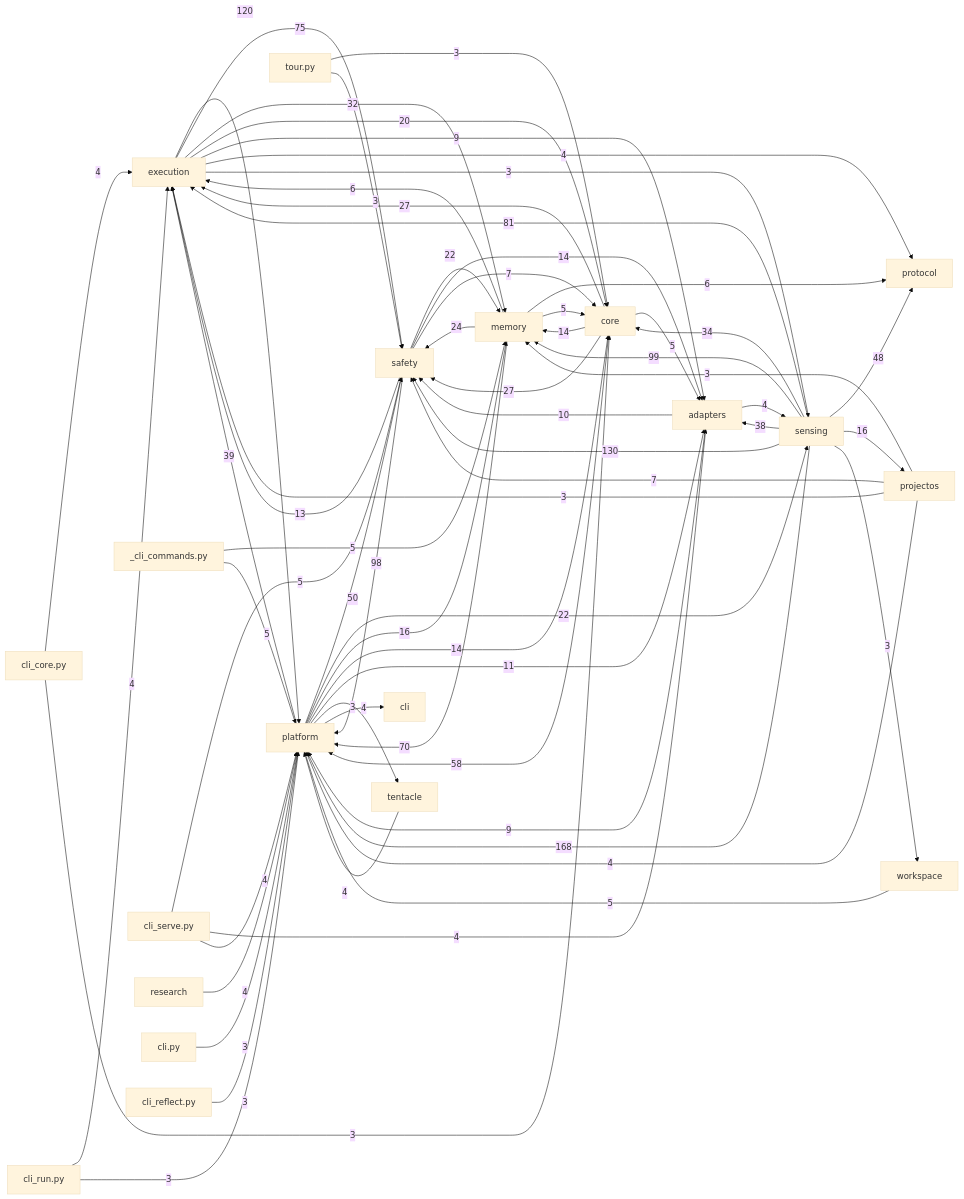
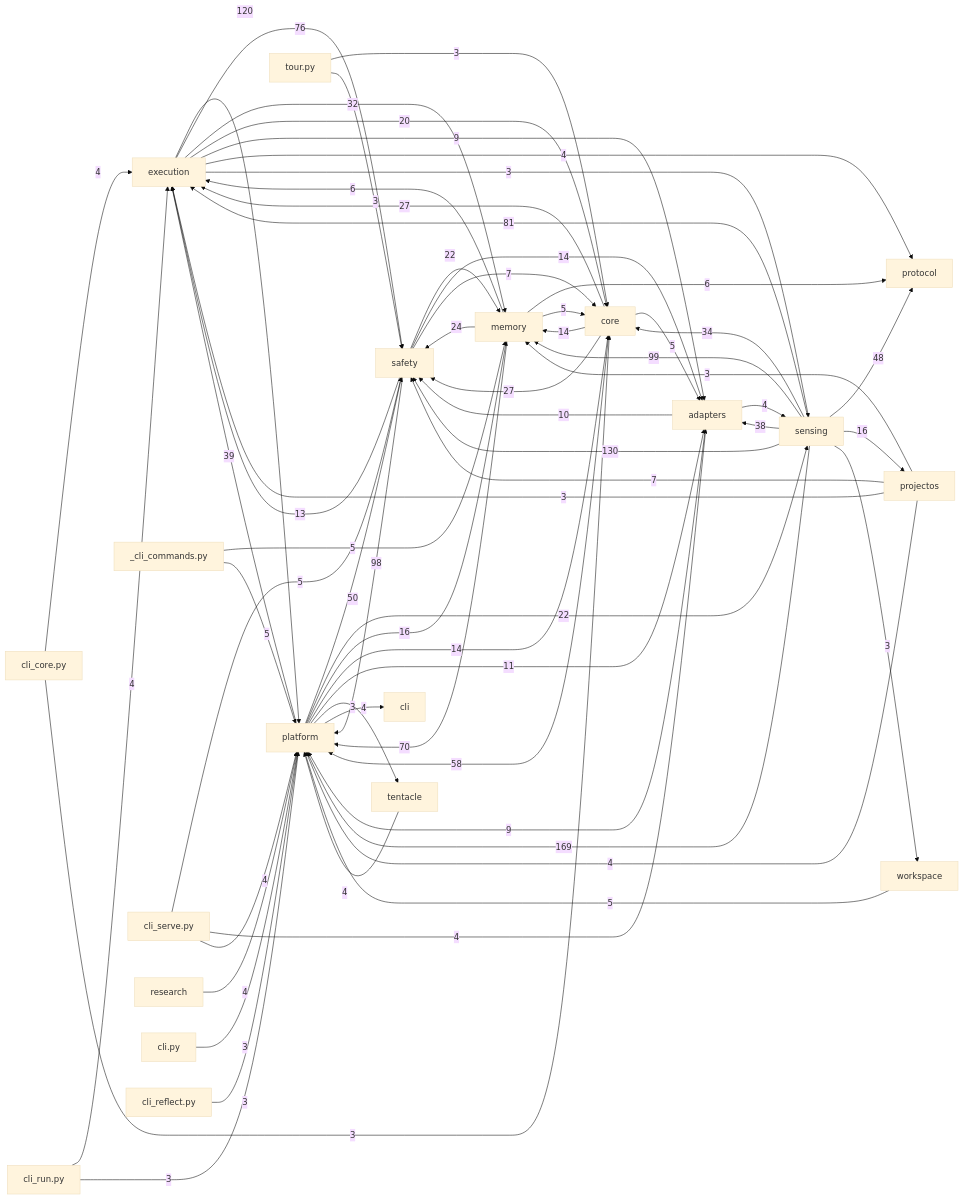
One commit to dengdenghua/octopus-agent changed the diagram in docs/auto/20-backend/index.md. Above: the diagram before and after it, drawn with Mermaid (base theme). The commit also changed 46 other files, not shown here.

````diff
--- a/docs/auto/20-backend/index.md
+++ b/docs/auto/20-backend/index.md
@@ -26,72 +26,72 @@
 ```mermaid
 graph LR
   execution[execution]
   core[core]
   safety[safety]
   memory[memory]
   sensing[sensing]
   adapters[adapters]
   platform[platform]
-  sensing -- 168 --> platform
+  sensing -- 169 --> platform
   sensing -- 130 --> safety
   execution -- 120 --> platform
   sensing -- 99 --> memory
   safety -- 98 --> platform
   sensing -- 81 --> execution
-  execution -- 75 --> safety
+  execution -- 76 --> safety
   memory -- 70 --> platform
   core -- 58 --> platform
   platform -- 50 --> safety
   sensing -- 48 --> protocol
   platform -- 39 --> execution
   sensing -- 38 --> adapters
   sensing -- 34 --> core
   execution -- 32 --> memory
   core -- 27 --> execution
   core -- 27 --> safety
   memory -- 24 --> safety
   platform -- 22 --> sensing
   safety -- 22 --> memory
   execution -- 20 --> core
   platform -- 16 --> memory
   sensing -- 16 --> projectos
   core -- 14 --> memory
   platform -- 14 --> core
   safety -- 14 --> adapters
   safety -- 13 --> execution
   platform -- 11 --> adapters
   adapters -- 10 --> safety
   adapters -- 9 --> platform
   execution -- 9 --> adapters
   projectos -- 7 --> safety
   safety -- 7 --> core
   memory -- 6 --> execution
   memory -- 6 --> protocol
   _cli_commands.py -- 5 --> memory
   _cli_commands.py -- 5 --> platform
   cli_serve.py -- 5 --> safety
   core -- 5 --> adapters
   memory -- 5 --> core
   workspace -- 5 --> platform
   adapters -- 4 --> sensing
   cli_core.py -- 4 --> execution
   cli_run.py -- 4 --> execution
   cli_serve.py -- 4 --> adapters
   cli_serve.py -- 4 --> platform
   execution -- 4 --> protocol
   platform -- 4 --> tentacle
   projectos -- 4 --> platform
   research -- 4 --> platform
   tentacle -- 4 --> platform
   cli.py -- 3 --> platform
   cli_core.py -- 3 --> core
   cli_reflect.py -- 3 --> platform
   cli_run.py -- 3 --> platform
   execution -- 3 --> sensing
   platform -- 3 --> cli
   projectos -- 3 --> execution
   projectos -- 3 --> memory
   sensing -- 3 --> workspace
   tour.py -- 3 --> core
   tour.py -- 3 --> safety
 ```
````
